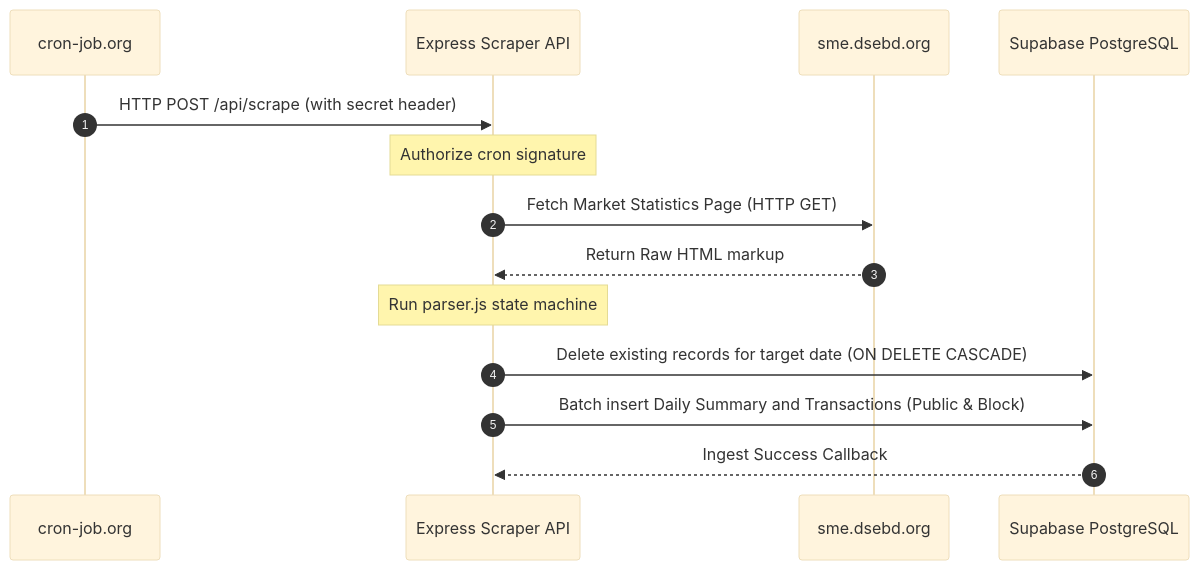
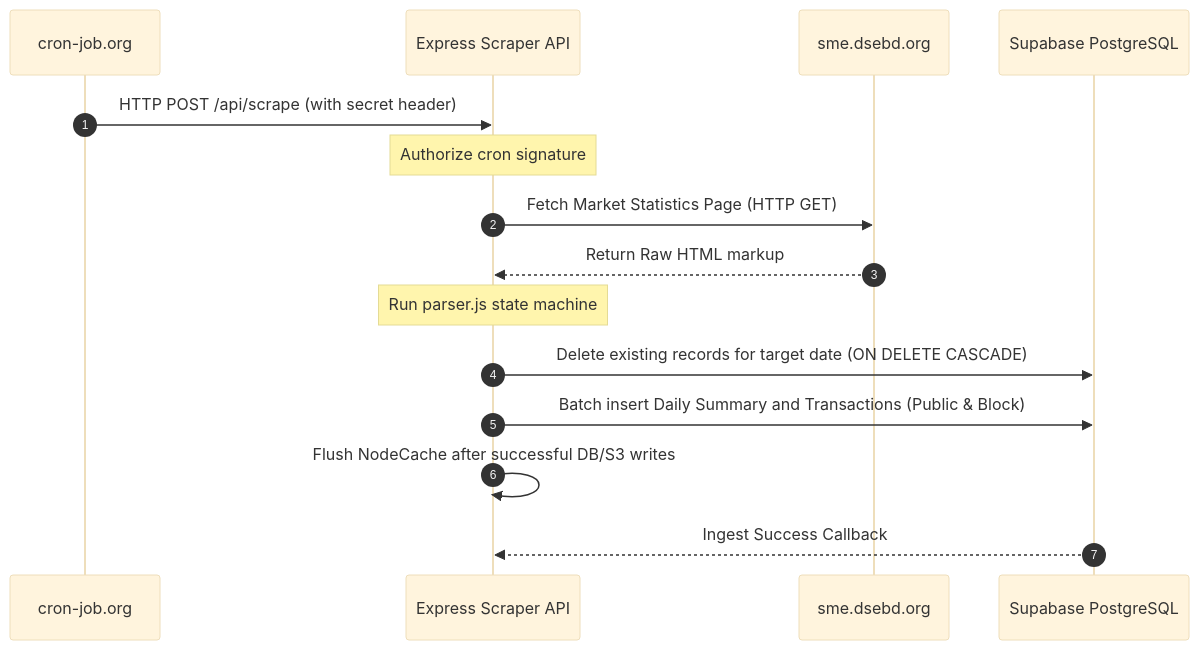
One commit to MrMandalNSU/sudipta.me changed the second of 5 diagrams in docs/overviews/projects/dseops.md. Above: the diagram before and after it, drawn with Mermaid (base theme). The commit also changed other lines of this file and 11 other files, not shown here.

````diff
--- a/docs/overviews/projects/dseops.md
+++ b/docs/overviews/projects/dseops.md
@@ -89,17 +104,18 @@
 ```mermaid
 sequenceDiagram
     autonumber
     participant Cron as cron-job.org
     participant Server as Express Scraper API
     participant DSE as sme.dsebd.org
     participant DB as Supabase PostgreSQL
     
     Cron->>Server: HTTP POST /api/scrape (with secret header)
     Note over Server: Authorize cron signature
     Server->>DSE: Fetch Market Statistics Page (HTTP GET)
     DSE-->>Server: Return Raw HTML markup
     Note over Server: Run parser.js state machine
     Server->>DB: Delete existing records for target date (ON DELETE CASCADE)
     Server->>DB: Batch insert Daily Summary and Transactions (Public & Block)
+    Server->>Server: Flush NodeCache after successful DB/S3 writes
     DB-->>Server: Ingest Success Callback
 ```
````
